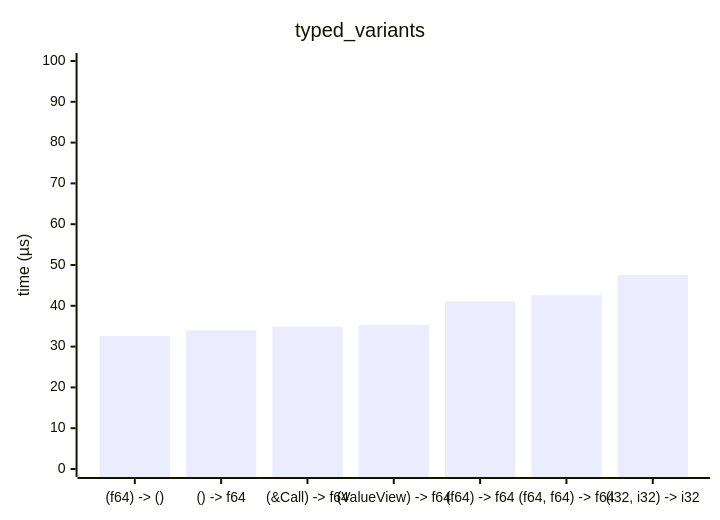
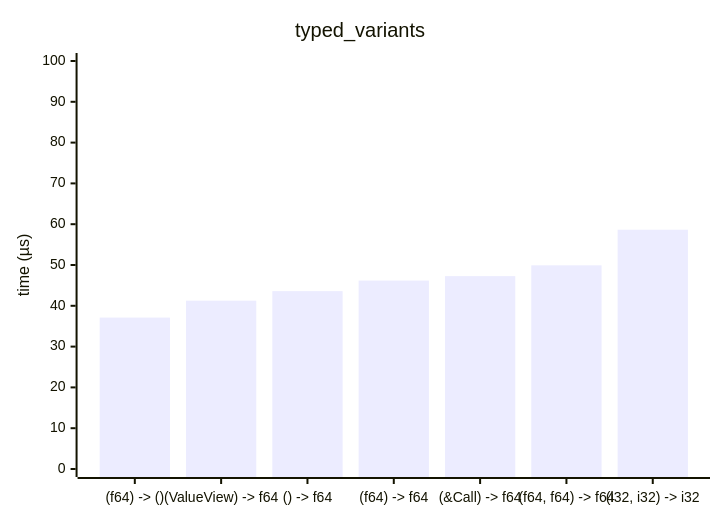
Before and after one commit to DreamWeave-MP/l3i: diagram 12 of 12 in BENCHMARKS.md, drawn with Mermaid. The commit also changed other lines of this file and 2 other files, not shown here.

````diff
--- a/BENCHMARKS.md
+++ b/BENCHMARKS.md
@@ -153,7 +232,7 @@
 ```mermaid
 xychart-beta
     title "typed_variants"
-    x-axis ["(f64) -> ()", "() -> f64", "(&Call) -> f64", "(ValueView) -> f64", "(f64) -> f64", "(f64, f64) -> f64", "(i32, i32) -> i32"]
+    x-axis ["(f64) -> ()", "(ValueView) -> f64", "() -> f64", "(f64) -> f64", "(&Call) -> f64", "(f64, f64) -> f64", "(i32, i32) -> i32"]
     y-axis "time (µs)" 0 --> 100.00
-    bar [32.58, 33.97, 34.84, 35.32, 41.11, 42.58, 47.54]
+    bar [37.11, 41.26, 43.59, 46.18, 47.27, 49.92, 58.65]
 ```
````
